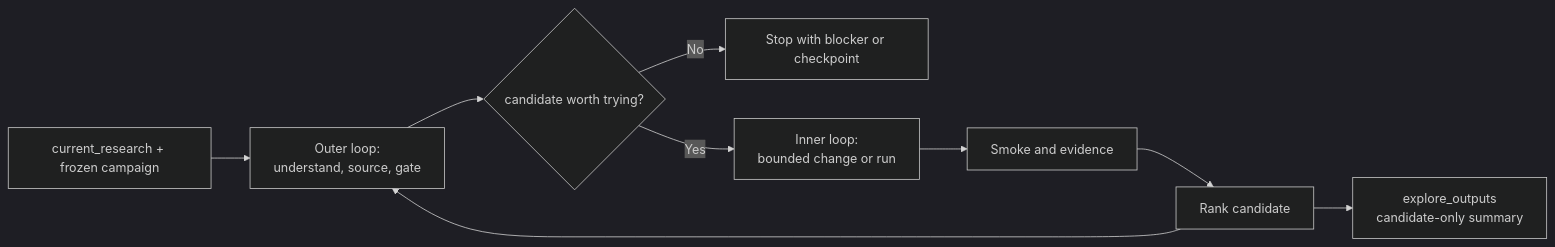
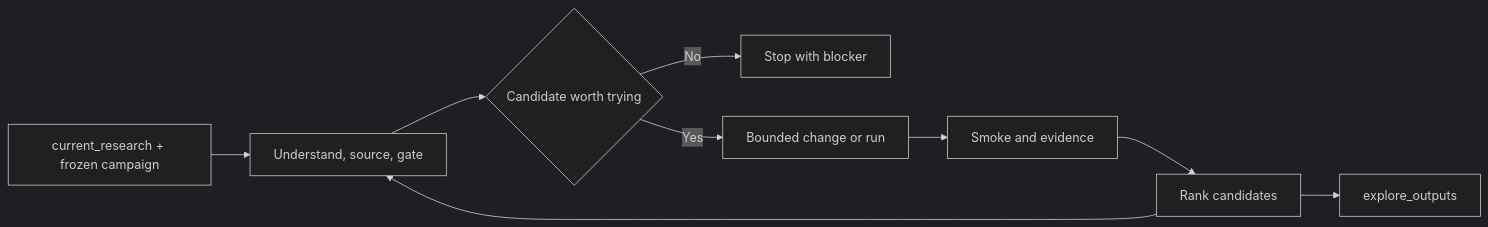
One commit to DevZonayed/nexalance-skill-lllllllama-rigorpilot-skills changed the second of 2 diagrams in README.md. Above: the diagram before and after it, drawn with Mermaid (dark theme). The commit also changed other lines of this file and 23 other files, not shown here.

````diff
--- a/README.md
+++ b/README.md
@@ -362,11 +151,11 @@
 ```mermaid
 flowchart LR
-    A[current_research + frozen campaign] --> B[Outer loop:<br/>understand, source, gate]
-    B --> C{candidate worth trying?}
-    C -- No --> D[Stop with blocker or checkpoint]
-    C -- Yes --> E[Inner loop:<br/>bounded change or run]
+    A[current_research + frozen campaign] --> B[Understand, source, gate]
+    B --> C{Candidate worth trying}
+    C -- No --> D[Stop with blocker]
+    C -- Yes --> E[Bounded change or run]
     E --> F[Smoke and evidence]
-    F --> G[Rank candidate]
+    F --> G[Rank candidates]
+    G --> H[explore_outputs]
     G --> B
-    G --> H[explore_outputs<br/>candidate-only summary]
 ```
````
